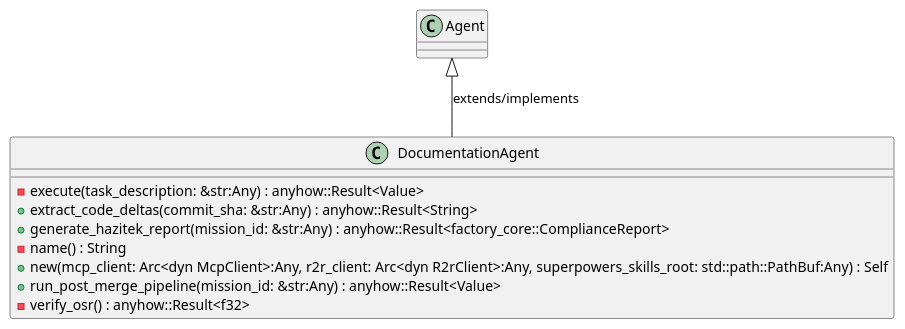
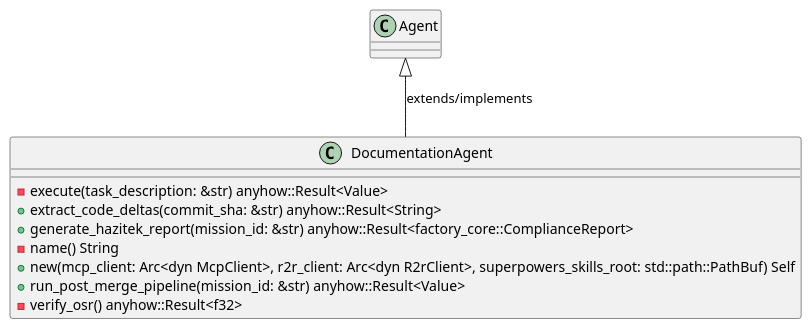
Before and after one commit to lgcorzo/rust_CACD_autonomous_factory: the first of 6 diagrams in openwiki/crates_factory_application_src_agents_doc_agent.md, drawn with PlantUML. The commit also changed other lines of this file and 97 other files, not shown here.

First line of the commit message:
Fix Rust AST parsing for method and function parameters, and update OKF UML frontmatter

````diff
--- a/openwiki/crates_factory_application_src_agents_doc_agent.md
+++ b/openwiki/crates_factory_application_src_agents_doc_agent.md
@@ -163,15 +168,15 @@
 ```plantuml
 @startuml
 class DocumentationAgent {
-    -execute(task_description: &str:Any) : anyhow::Result<Value>
-    +extract_code_deltas(commit_sha: &str:Any) : anyhow::Result<String>
-    +generate_hazitek_report(mission_id: &str:Any) : anyhow::Result<factory_core::ComplianceReport>
-    -name() : String
-    +new(mcp_client: Arc<dyn McpClient>:Any, r2r_client: Arc<dyn R2rClient>:Any, superpowers_skills_root: std::path::PathBuf:Any) : Self
-    +run_post_merge_pipeline(mission_id: &str:Any) : anyhow::Result<Value>
-    -verify_osr() : anyhow::Result<f32>
+    -execute(task_description: &str) anyhow::Result<Value>
+    +extract_code_deltas(commit_sha: &str) anyhow::Result<String>
+    +generate_hazitek_report(mission_id: &str) anyhow::Result<factory_core::ComplianceReport>
+    -name() String
+    +new(mcp_client: Arc<dyn McpClient>, r2r_client: Arc<dyn R2rClient>, superpowers_skills_root: std::path::PathBuf) Self
+    +run_post_merge_pipeline(mission_id: &str) anyhow::Result<Value>
+    -verify_osr() anyhow::Result<f32>
 }
 Agent <|-- DocumentationAgent : extends/implements
 @enduml
 
 ```
````
